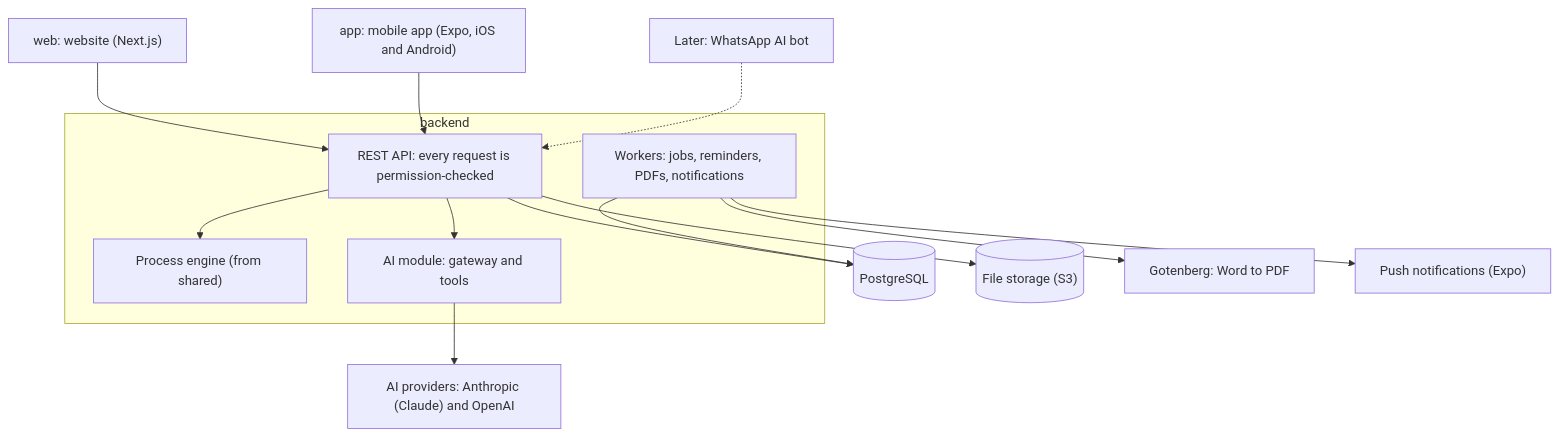
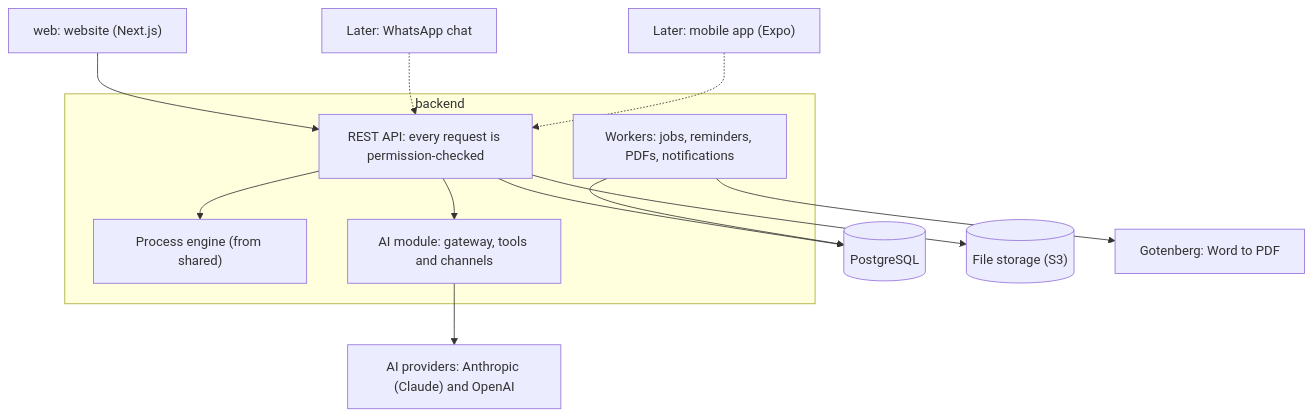
Before and after one commit to sharath101/coal: the diagram in docs/architecture.md, drawn with Mermaid. The commit also changed other lines of this file and 14 other files, not shown here.

First line of the commit message:
Plan for company-wide growth, web first, WhatsApp and a template library

````diff
--- a/docs/architecture.md
+++ b/docs/architecture.md
@@ -12,29 +12,27 @@
 ```mermaid
 flowchart TB
   WEB["web: website (Next.js)"]
-  APP["app: mobile app (Expo, iOS and Android)"]
-  BOT["Later: WhatsApp AI bot"]
+  BOT["Later: WhatsApp chat"]
+  APP["Later: mobile app (Expo)"]
   subgraph BACKEND["backend"]
     API["REST API: every request is permission-checked"]
     ENG["Process engine (from shared)"]
-    AIM["AI module: gateway and tools"]
+    AIM["AI module: gateway, tools and channels"]
     WRK["Workers: jobs, reminders, PDFs, notifications"]
   end
   PG[("PostgreSQL")]
   S3[("File storage (S3)")]
   GOT["Gotenberg: Word to PDF"]
   LLM["AI providers: Anthropic (Claude) and OpenAI"]
-  PUSH["Push notifications (Expo)"]
 
   WEB --> API
-  APP --> API
   BOT -.-> API
+  APP -.-> API
   API --> ENG
   API --> AIM
   AIM --> LLM
   API --> PG
   WRK --> PG
   API --> S3
   WRK --> GOT
-  WRK --> PUSH
 ```
````
